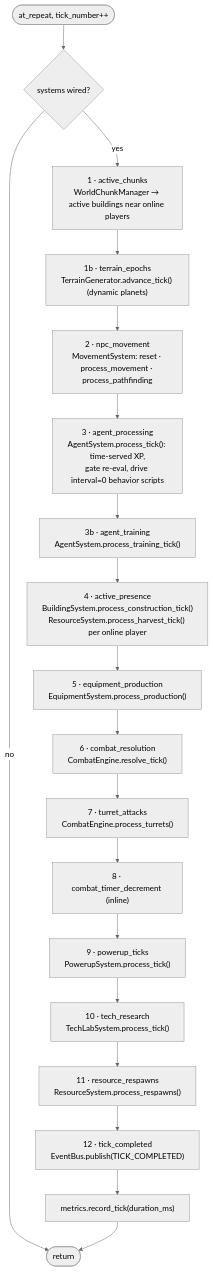
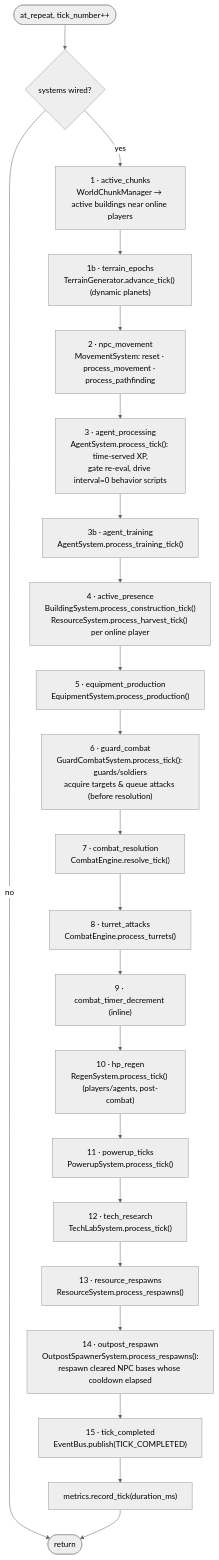
The fourth of 13 diagrams in mygame/ARCHITECTURE.md (victorkhou/ProjectV), drawn with Mermaid (neutral theme) before and after one commit. The commit also changed other lines of this file, not shown here.

First line of the commit message:
docs(architecture): document the PvE NPC-bases feature

````diff
--- a/mygame/ARCHITECTURE.md
+++ b/mygame/ARCHITECTURE.md
@@ -288,21 +290,24 @@
 ```mermaid
 flowchart TD
     Start([at_repeat, tick_number++]) --> Sys{systems wired?}
     Sys -- no --> End([return])
     Sys -- yes --> S1["1 · active_chunks<br/>WorldChunkManager → active buildings near online players"]
     S1 --> S1b["1b · terrain_epochs<br/>TerrainGenerator.advance_tick() (dynamic planets)"]
     S1b --> S2["2 · npc_movement<br/>MovementSystem: reset · process_movement · process_pathfinding"]
     S2 --> S3["3 · agent_processing<br/>AgentSystem.process_tick(): time-served XP,<br/>gate re-eval, drive interval=0 behavior scripts"]
     S3 --> S3b["3b · agent_training<br/>AgentSystem.process_training_tick()"]
     S3b --> S4["4 · active_presence<br/>BuildingSystem.process_construction_tick()<br/>ResourceSystem.process_harvest_tick() per online player"]
     S4 --> S5["5 · equipment_production<br/>EquipmentSystem.process_production()"]
-    S5 --> S6["6 · combat_resolution<br/>CombatEngine.resolve_tick()"]
-    S6 --> S7["7 · turret_attacks<br/>CombatEngine.process_turrets()"]
-    S7 --> S8["8 · combat_timer_decrement (inline)"]
-    S8 --> S9["9 · powerup_ticks<br/>PowerupSystem.process_tick()"]
-    S9 --> S10["10 · tech_research<br/>TechLabSystem.process_tick()"]
-    S10 --> S11["11 · resource_respawns<br/>ResourceSystem.process_respawns()"]
-    S11 --> S12["12 · tick_completed<br/>EventBus.publish(TICK_COMPLETED)"]
+    S5 --> SG["6 · guard_combat<br/>GuardCombatSystem.process_tick(): guards/soldiers<br/>acquire targets & queue attacks (before resolution)"]
+    SG --> S6["7 · combat_resolution<br/>CombatEngine.resolve_tick()"]
+    S6 --> S7["8 · turret_attacks<br/>CombatEngine.process_turrets()"]
+    S7 --> S8["9 · combat_timer_decrement (inline)"]
+    S8 --> SR["10 · hp_regen<br/>RegenSystem.process_tick() (players/agents, post-combat)"]
+    SR --> S9["11 · powerup_ticks<br/>PowerupSystem.process_tick()"]
+    S9 --> S10["12 · tech_research<br/>TechLabSystem.process_tick()"]
+    S10 --> S11["13 · resource_respawns<br/>ResourceSystem.process_respawns()"]
+    S11 --> SO["14 · outpost_respawn<br/>OutpostSpawnerSystem.process_respawns():<br/>respawn cleared NPC bases whose cooldown elapsed"]
+    SO --> S12["15 · tick_completed<br/>EventBus.publish(TICK_COMPLETED)"]
     S12 --> M["metrics.record_tick(duration_ms)"]
     M --> End
 ```
````
